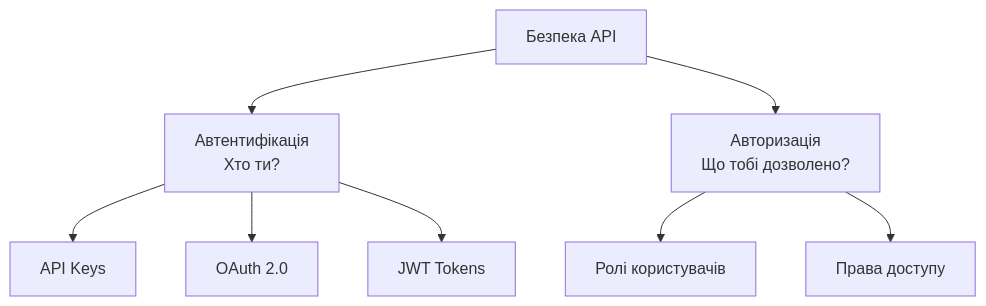
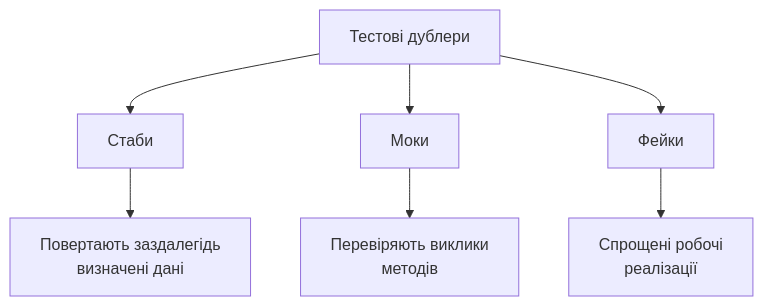
The fourth of 8 diagrams in docs/presentations/presentation-12.md (olroi421/course-opi), drawn with Mermaid before and after one commit. The commit also changed other lines of this file and 8 other files, not shown here.

````diff
--- a/docs/presentations/presentation-12.md
+++ b/docs/presentations/presentation-12.md
@@ -385,12 +175,10 @@
 ```mermaid
 graph TB
-    A[Безпека API] --> B[Автентифікація<br/>Хто ти?]
-    A --> C[Авторизація<br/>Що тобі дозволено?]
+    A[Тестові дублери] --> B[Стаби]
+    A --> C[Моки]
+    A --> D[Фейки]
 
-    B --> D[API Keys]
-    B --> E[OAuth 2.0]
-    B --> F[JWT Tokens]
-
-    C --> G[Ролі користувачів]
-    C --> H[Права доступу]
+    B --> E[Повертають заздалегідь<br/>визначені дані]
+    C --> F[Перевіряють виклики<br/>методів]
+    D --> G[Спрощені робочі<br/>реалізації]
 ```
````
